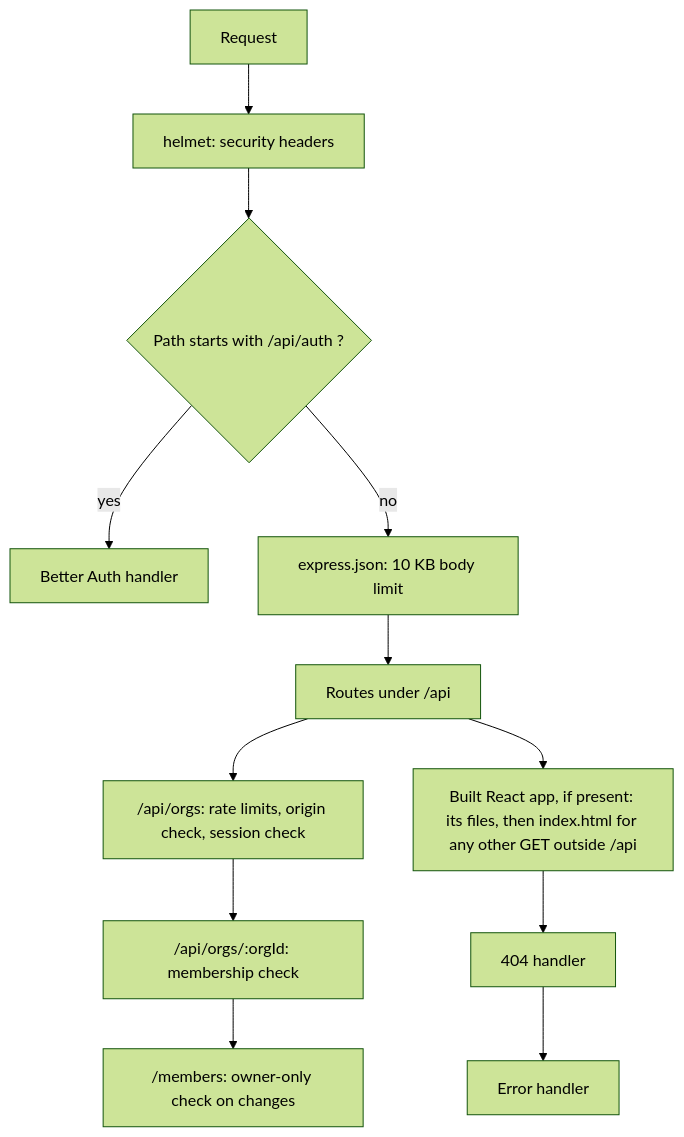
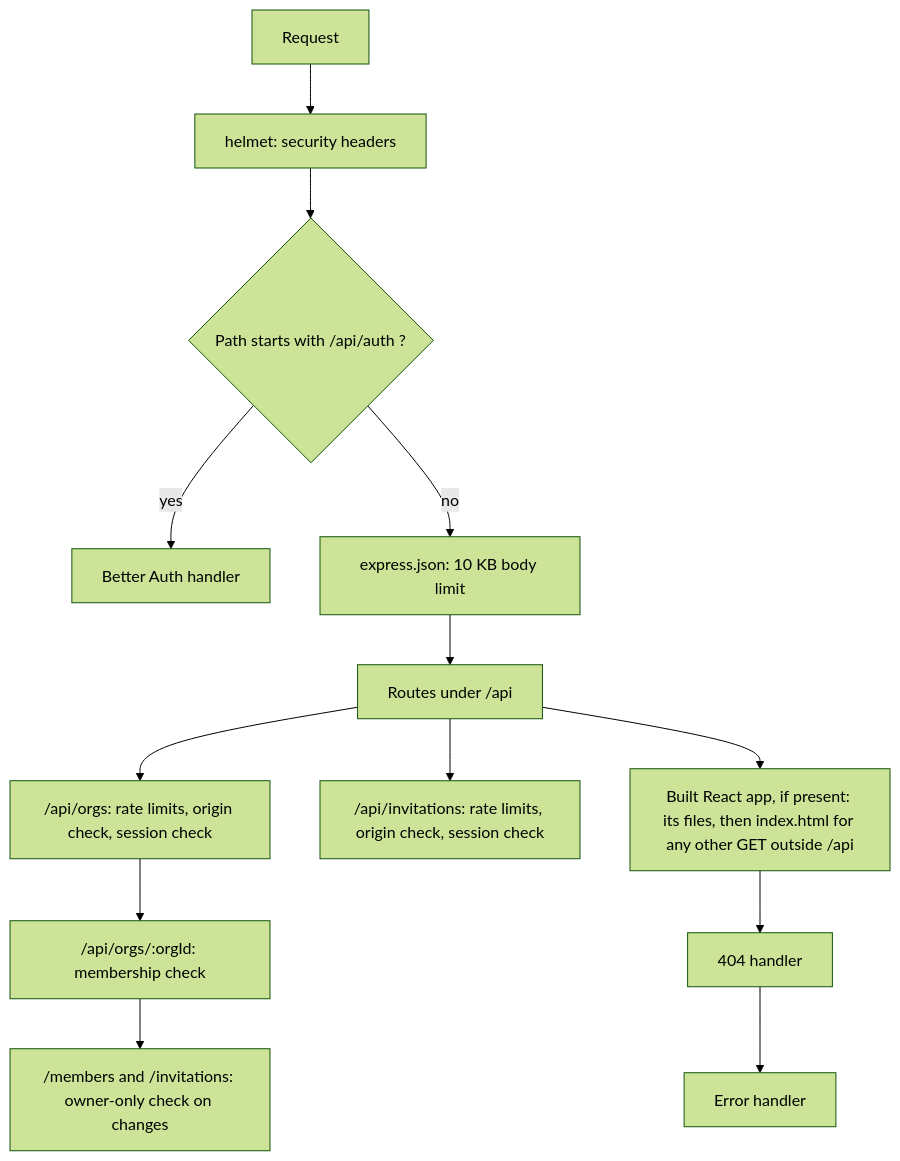
The diagram in DESIGN.md (pr17-lab/SlotDesk), drawn with Mermaid (forest theme) before and after one commit. The commit also changed other lines of this file and 21 other files, not shown here.

````diff
--- a/DESIGN.md
+++ b/DESIGN.md
@@ -22,14 +22,15 @@
 ```mermaid
 flowchart TD
   A["Request"] --> B["helmet: security headers"]
   B --> C{"Path starts with /api/auth ?"}
   C -- yes --> D["Better Auth handler"]
   C -- no --> E["express.json: 10 KB body limit"]
   E --> F["Routes under /api"]
   F --> G["/api/orgs: rate limits, origin check, session check"]
   G --> H["/api/orgs/:orgId: membership check"]
-  H --> I["/members: owner-only check on changes"]
+  H --> I["/members and /invitations: owner-only check on changes"]
+  F --> M["/api/invitations: rate limits, origin check, session check"]
   F --> L["Built React app, if present: its files, then index.html for any other GET outside /api"]
   L --> J["404 handler"]
   J --> K["Error handler"]
 ```
````
